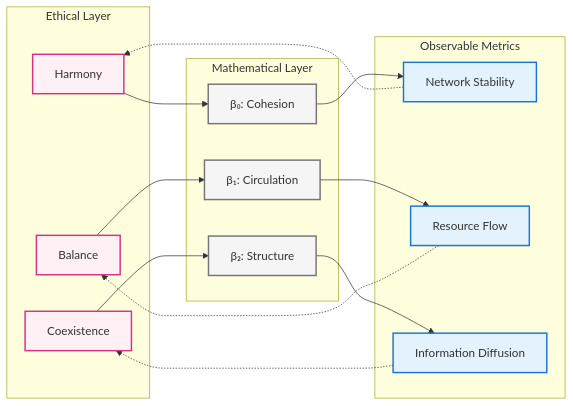
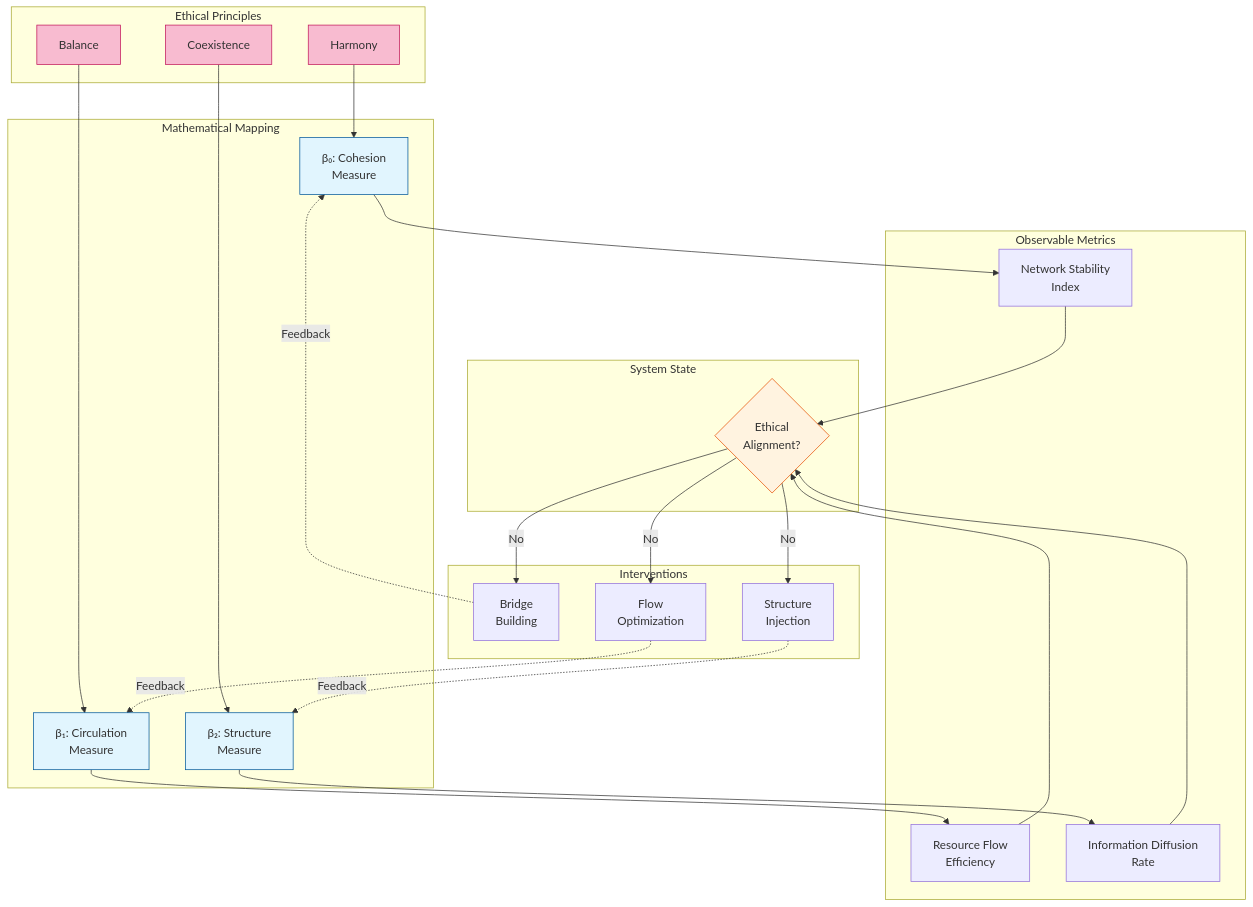
Before and after one commit to topstolenname/agisa_sac: the eighth of 39 diagrams in docs/Mindlink_Paper.md, drawn with Mermaid. The commit also changed other lines of this file and 3 other files, not shown here.

````diff
--- a/docs/Mindlink_Paper.md
+++ b/docs/Mindlink_Paper.md
@@ -243,37 +416,56 @@
 ```mermaid
-flowchart LR
-    %% Ethical Framework
-    subgraph Ethics["Ethical Layer"]
-        H[Harmony]:::ethics
-        B[Balance]:::ethics
-        C[Coexistence]:::ethics
+flowchart TB
+    subgraph "Ethical Principles"
+        E1[Harmony]
+        E2[Balance]
+        E3[Coexistence]
     end
-
-    %% Mathematical Measurement
-    subgraph Math["Mathematical Layer"]
-        T0[β₀: Cohesion]:::math
-        T1[β₁: Circulation]:::math
-        T2[β₂: Structure]:::math
+    
+    subgraph "Mathematical Mapping"
+        M1[β₀: Cohesion<br/>Measure]
+        M2[β₁: Circulation<br/>Measure]
+        M3[β₂: Structure<br/>Measure]
     end
-
-    %% Observable Metrics
-    subgraph Metrics["Observable Metrics"]
-        M1[Network Stability]:::metric
-        M2[Resource Flow]:::metric
-        M3[Information Diffusion]:::metric
+    
+    subgraph "Observable Metrics"
+        O1[Network Stability<br/>Index]
+        O2[Resource Flow<br/>Efficiency]
+        O3[Information Diffusion<br/>Rate]
     end
-
-    %% Connections
-    H --> T0 --> M1
-    B --> T1 --> M2
-    C --> T2 --> M3
-
-    %% Feedback loop
-    M1 -.-> H
-    M2 -.-> B
-    M3 -.-> C
-
-    classDef ethics fill:#fff0f6,stroke:#d63384,stroke-width:2px
-    classDef math fill:#f5f5f5,stroke:#757575,stroke-width:2px
-    classDef metric fill:#e3f2fd,stroke:#1976d2,stroke-width:2px
+    
+    subgraph "System State"
+        S1{Ethical<br/>Alignment?}
+    end
+    
+    subgraph "Interventions"
+        I1[Bridge<br/>Building]
+        I2[Flow<br/>Optimization]
+        I3[Structure<br/>Injection]
+    end
+    
+    E1 --> M1 --> O1
+    E2 --> M2 --> O2
+    E3 --> M3 --> O3
+    
+    O1 --> S1
+    O2 --> S1
+    O3 --> S1
+    
+    S1 -->|No| I1
+    S1 -->|No| I2
+    S1 -->|No| I3
+    
+    I1 -.->|Feedback| M1
+    I2 -.->|Feedback| M2
+    I3 -.->|Feedback| M3
+    
+    style E1 fill:#f8bbd0,stroke:#c2185b
+    style E2 fill:#f8bbd0,stroke:#c2185b
+    style E3 fill:#f8bbd0,stroke:#c2185b
+    
+    style M1 fill:#e1f5fe,stroke:#01579b
+    style M2 fill:#e1f5fe,stroke:#01579b
+    style M3 fill:#e1f5fe,stroke:#01579b
+    
+    style S1 fill:#fff3e0,stroke:#e65100
 ```
````
